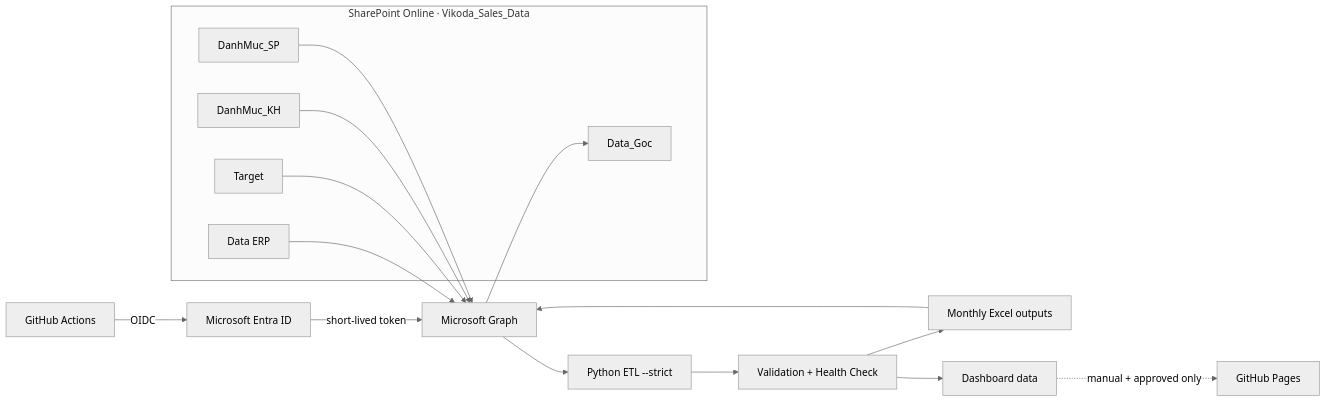
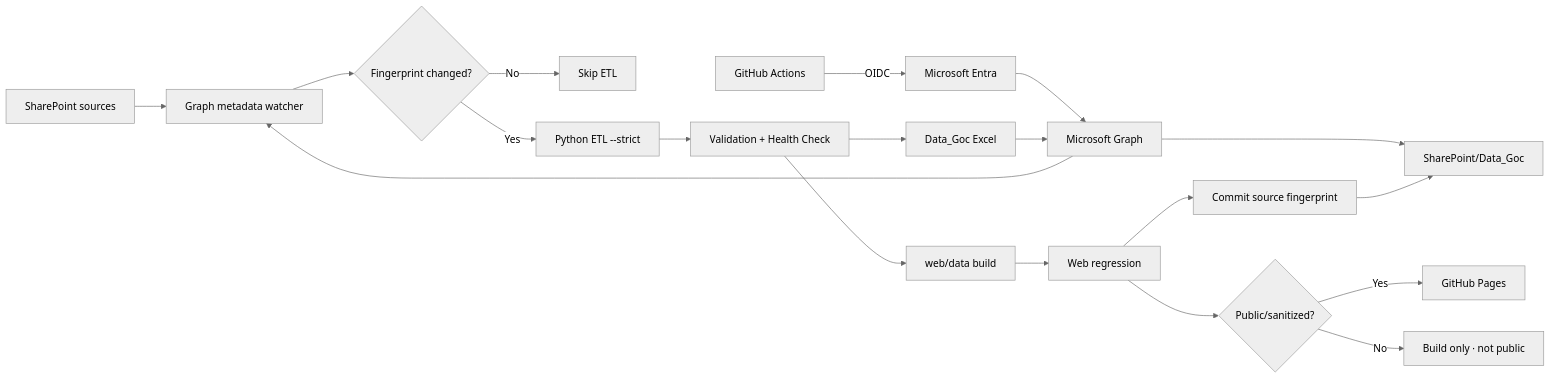
One commit to Huanpro1239/vikoda-sellin-dashboard changed the diagram in README.md. Above: the diagram before and after it, drawn with Mermaid (neutral theme). The commit also changed other lines of this file and 10 other files, not shown here.

Commit message:
Add SharePoint change watcher and executive web dashboard

````diff
--- a/README.md
+++ b/README.md
@@ -36,27 +34,21 @@
 ```mermaid
 flowchart LR
-    subgraph SP[SharePoint Online · Vikoda_Sales_Data]
-      ERP[Data ERP]
-      TGT[Target]
-      KH[DanhMuc_KH]
-      SPDM[DanhMuc_SP]
-      OUT[Data_Goc]
-    end
-
-    GH[GitHub Actions] -->|OIDC| ENTRA[Microsoft Entra ID]
-    ENTRA -->|short-lived token| GRAPH[Microsoft Graph]
-
-    ERP --> GRAPH
-    TGT --> GRAPH
-    KH --> GRAPH
-    SPDM --> GRAPH
-
-    GRAPH --> ETL[Python ETL --strict]
+    SP[SharePoint sources] --> WATCH[Graph metadata watcher]
+    WATCH --> FP{Fingerprint changed?}
+    FP -- No --> SKIP[Skip ETL]
+    FP -- Yes --> ETL[Python ETL --strict]
+    GH[GitHub Actions] -->|OIDC| ENTRA[Microsoft Entra]
+    ENTRA --> GRAPH[Microsoft Graph]
+    GRAPH --> WATCH
     ETL --> QC[Validation + Health Check]
-    QC --> EXCEL[Monthly Excel outputs]
-    QC --> WEB[Dashboard data]
-    EXCEL --> GRAPH
-    GRAPH --> OUT
-
-    WEB -. manual + approved only .-> PAGES[GitHub Pages]
+    QC --> XLSX[Data_Goc Excel]
+    QC --> WEB[web/data build]
+    XLSX --> GRAPH
+    GRAPH --> OUT[SharePoint/Data_Goc]
+    WEB --> VERIFY[Web regression]
+    VERIFY --> GATE{Public/sanitized?}
+    GATE -- Yes --> PAGES[GitHub Pages]
+    GATE -- No --> SAFE[Build only · not public]
+    VERIFY --> STATE[Commit source fingerprint]
+    STATE --> OUT
 ```
````
